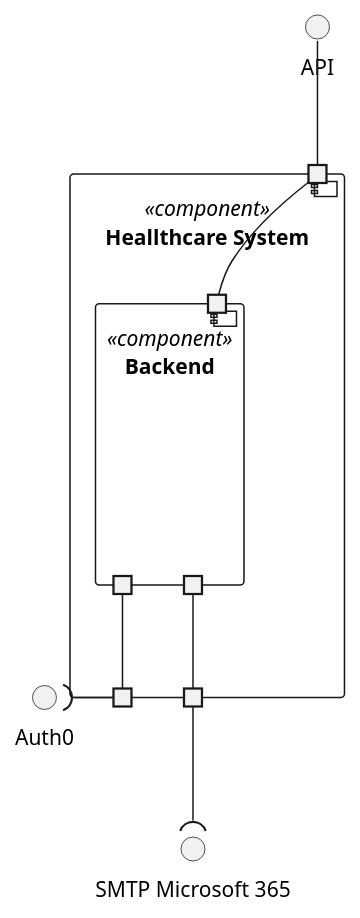
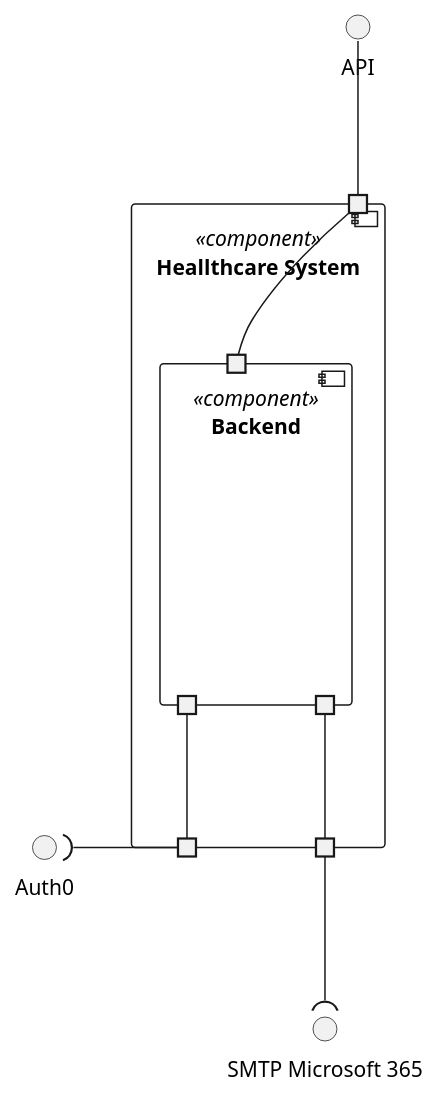
Before and after one commit to Lapr5G21/sem5pi-24-25-3ddg21: the diagram in docs/LogicViews/Level2/logicViewLevel2.puml, drawn with PlantUML. The commit also changed 4 other files, not shown here.

```diff
--- a/docs/LogicViews/Level2/logicViewLevel2.puml
+++ b/docs/LogicViews/Level2/logicViewLevel2.puml
@@ -1,32 +1,36 @@
 @startuml logical-view
 top to bottom direction
  
+
+skinparam nodesep 80
+skinparam ranksep 80
+
 interface "API" as API
 interface "Auth0" as AUTH0
 interface "SMTP Microsoft 365" as SMTP
  
 component "Heallthcare System" <<component>> {
  
   portin " " as PIAPI
   portout " " as POAUTH0
   portout " " as POSMTP
  
   component "Backend" <<component>> {
     portin " " as BEPI
     portout " " as BEPOAUTH0
     portout " " as BEPOSMTP
   }
  
 
  
 }
  
 API -- PIAPI
 POAUTH0 -l-( AUTH0
 BEPOAUTH0 -- POAUTH0
 BEPI -- PIAPI
 POSMTP --( SMTP
 BEPOSMTP -- POSMTP
 
  
 @enduml
```
